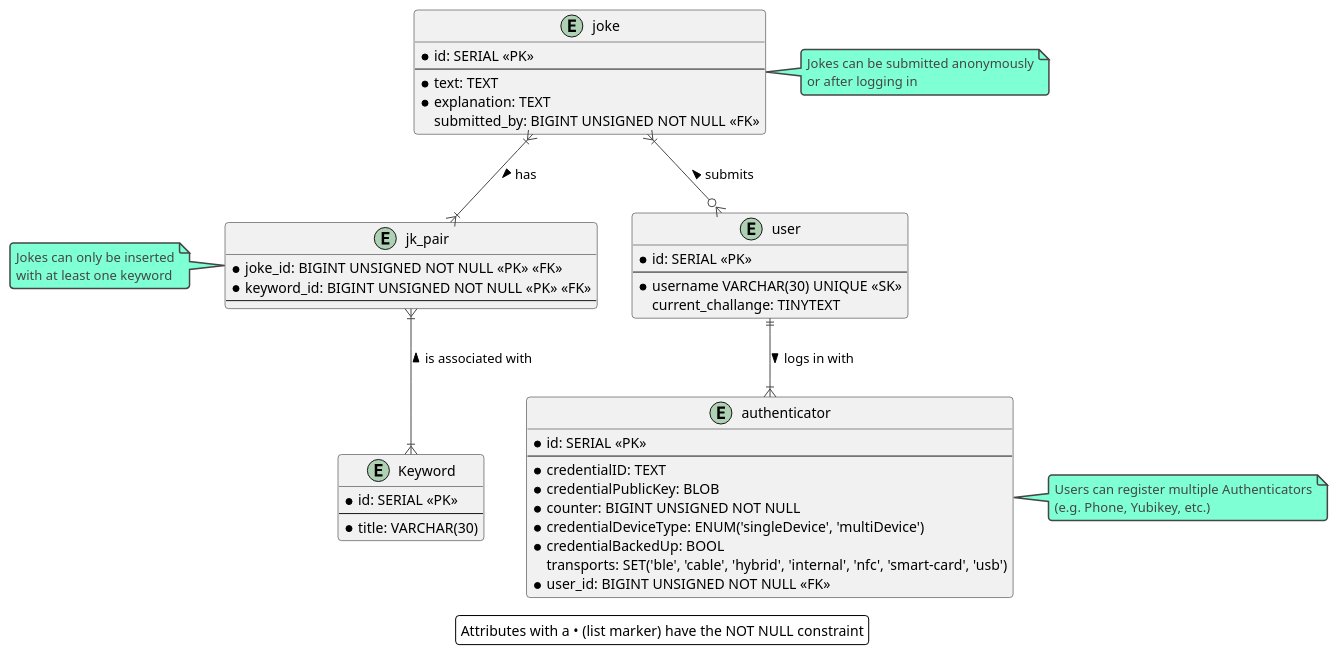
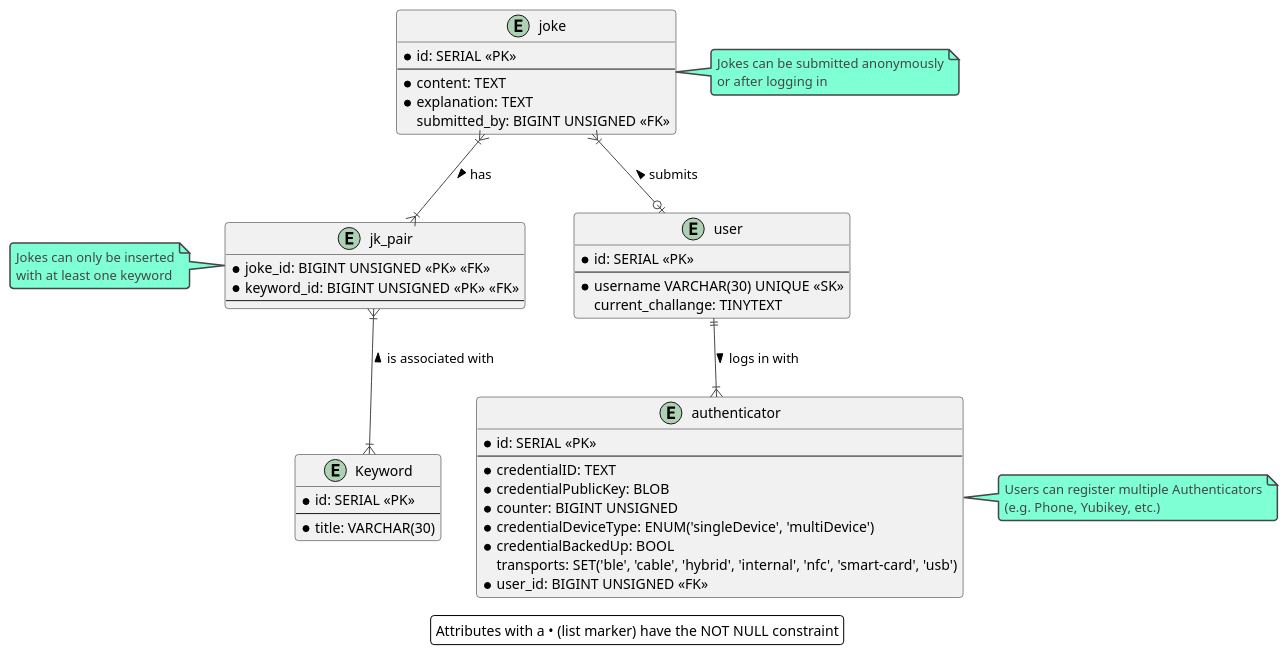
The diagram in database/physicalDM.md (SturmDerLiebe/bavarian_joke_generator), drawn with PlantUML before and after one commit.

Commit message:
Fix(Database): Correct naming and remove 'NOT NULL' from model

```diff
--- a/database/physicalDM.md
+++ b/database/physicalDM.md
@@ -10,57 +10,57 @@
 @startuml
 'skinparam linetype ortho
 'scale 2
 !theme vibrant
 
 entity joke {
     * id: SERIAL <<PK>>
     --
-    * text: TEXT
+    * content: TEXT
     * explanation: TEXT
-    submitted_by: BIGINT UNSIGNED NOT NULL <<FK>>
+    submitted_by: BIGINT UNSIGNED <<FK>>
 }
 
 entity jk_pair {
-    * joke_id: BIGINT UNSIGNED NOT NULL <<PK>> <<FK>>
-    * keyword_id: BIGINT UNSIGNED NOT NULL <<PK>> <<FK>>
+    * joke_id: BIGINT UNSIGNED <<PK>> <<FK>>
+    * keyword_id: BIGINT UNSIGNED <<PK>> <<FK>>
     --
 }
 
 entity Keyword  {
     * id: SERIAL <<PK>>
     --
     * title: VARCHAR(30)
 }
 
 entity user {
     * id: SERIAL <<PK>>
     --
     * username VARCHAR(30) UNIQUE <<SK>>
     current_challange: TINYTEXT
 }
 
 entity authenticator {
     * id: SERIAL <<PK>>
     --
     * credentialID: TEXT
     * credentialPublicKey: BLOB
-    * counter: BIGINT UNSIGNED NOT NULL
+    * counter: BIGINT UNSIGNED
     * credentialDeviceType: ENUM('singleDevice', 'multiDevice')
     * credentialBackedUp: BOOL
     transports: SET('ble', 'cable', 'hybrid', 'internal', 'nfc', 'smart-card', 'usb')
-    * user_id: BIGINT UNSIGNED NOT NULL <<FK>>
+    * user_id: BIGINT UNSIGNED <<FK>>
 }
 
 joke }|--|{ jk_pair : has >
 jk_pair }|--|{ Keyword : is associated with <
-joke }|--o{ user : submits <
+joke }|--o| user : submits <
 user ||--|{ authenticator : logs in with >
 
 note left of jk_pair: Jokes can only be inserted\nwith at least one keyword
 note right of joke: Jokes can be submitted anonymously\nor after logging in 
 note right of authenticator: Users can register multiple Authenticators\n(e.g. Phone, Yubikey, etc.)
 
 legend
     Attributes with a • (list marker) have the NOT NULL constraint
 endlegend
 @enduml
```
